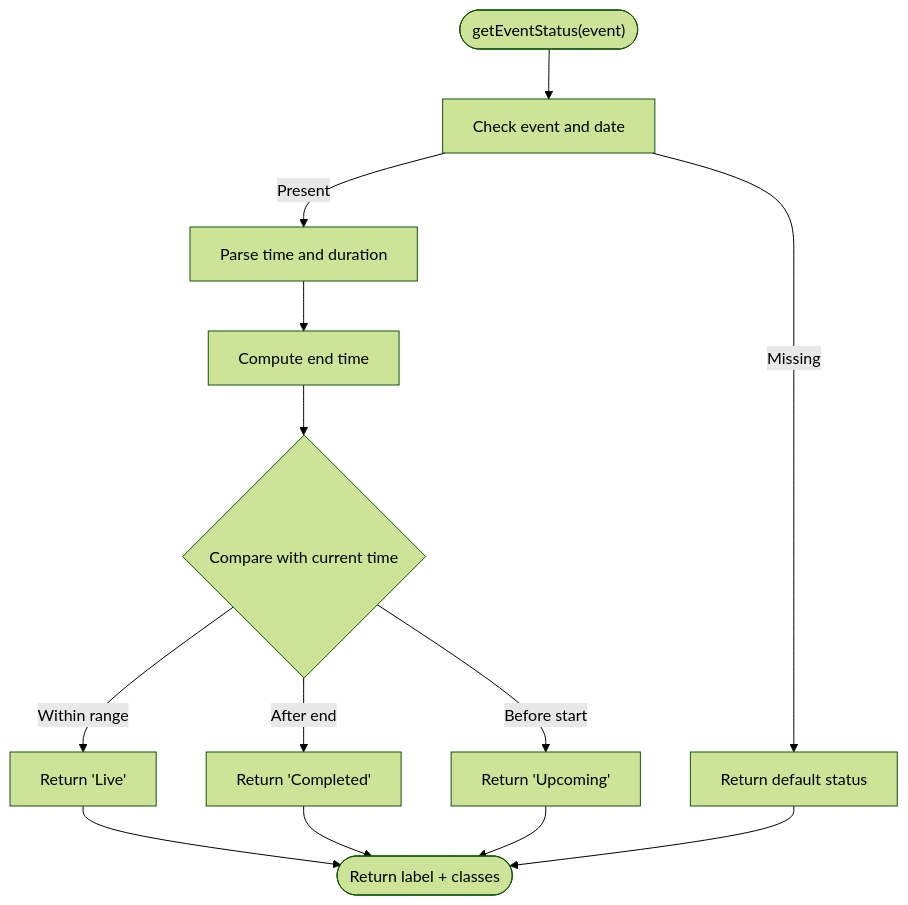
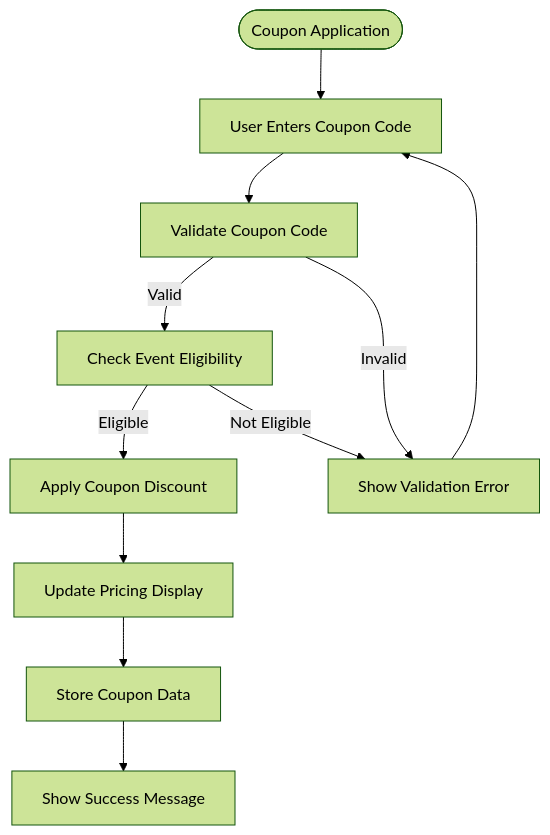
One commit to meghanamallela69-tech/event changed the seventh of 16 diagrams in .qoder/repowiki/en/content/Frontend Architecture/Frontend Architecture.md. Above: the diagram before and after it, drawn with Mermaid (forest theme). The commit also changed other lines of this file and 63 other files, not shown here.

````diff
--- a/.qoder/repowiki/en/content/Frontend Architecture/Frontend Architecture.md
+++ b/.qoder/repowiki/en/content/Frontend Architecture/Frontend Architecture.md
@@ -264,15 +322,13 @@
 ```mermaid
 flowchart TD
-Start(["getEventStatus(event)"]) --> CheckEvent["Check event and date"]
-CheckEvent --> |Missing| Default["Return default status"]
-CheckEvent --> |Present| ParseTime["Parse time and duration"]
-ParseTime --> ComputeEnd["Compute end time"]
-ComputeEnd --> CompareNow{"Compare with current time"}
-CompareNow --> |Within range| Live["Return 'Live'"]
-CompareNow --> |After end| Completed["Return 'Completed'"]
-CompareNow --> |Before start| Upcoming["Return 'Upcoming'"]
-Live --> End(["Return label + classes"])
-Completed --> End
-Upcoming --> End
-Default --> End
+Start(["Coupon Application"]) --> EnterCode["User Enters Coupon Code"]
+EnterCode --> ValidateCode["Validate Coupon Code"]
+ValidateCode --> |Valid| CheckEligibility["Check Event Eligibility"]
+ValidateCode --> |Invalid| ShowError["Show Validation Error"]
+CheckEligibility --> |Eligible| ApplyCoupon["Apply Coupon Discount"]
+CheckEligibility --> |Not Eligible| ShowError
+ApplyCoupon --> UpdatePricing["Update Pricing Display"]
+UpdatePricing --> StoreCoupon["Store Coupon Data"]
+StoreCoupon --> Success["Show Success Message"]
+ShowError --> EnterCode
 ```
````
